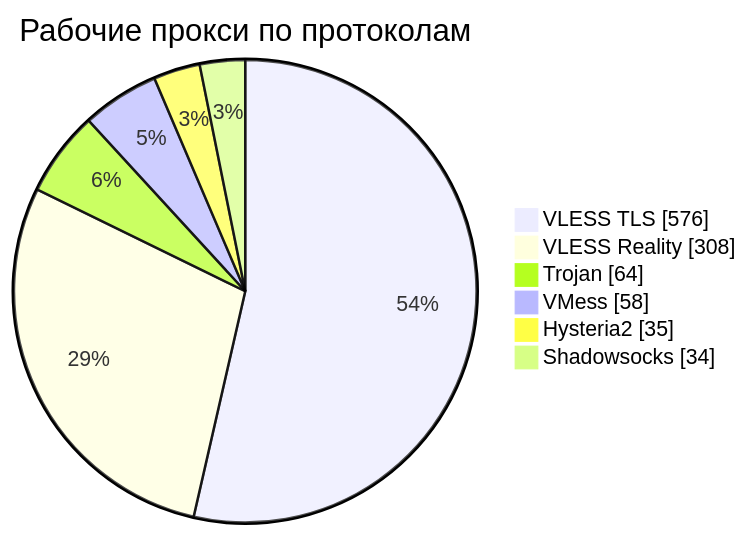
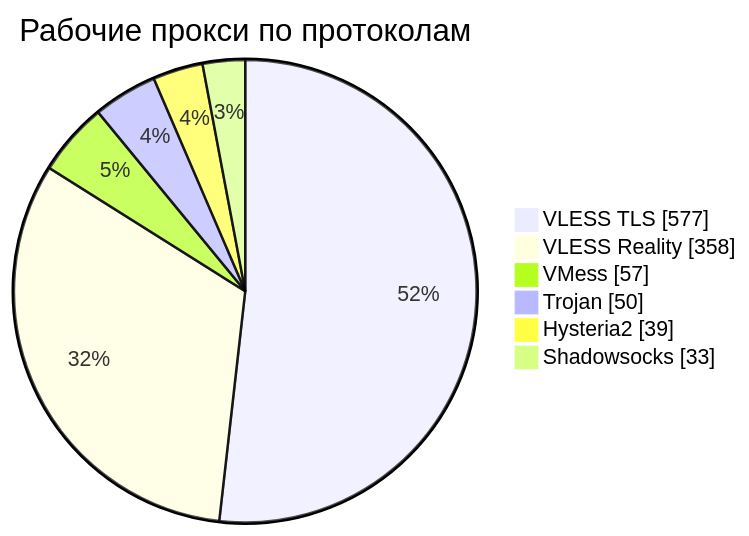
Before and after one commit to rvvg/proxy-subs: the third of 4 diagrams in README.md, drawn with Mermaid. The commit also changed other lines of this file and 51 other files, not shown here.

````diff
--- a/README.md
+++ b/README.md
@@ -141,10 +136,10 @@
 ```mermaid
 pie showData
     title Рабочие прокси по протоколам
-    "VLESS TLS" : 576
-    "VLESS Reality" : 308
-    "Trojan" : 64
-    "VMess" : 58
-    "Hysteria2" : 35
-    "Shadowsocks" : 34
+    "VLESS TLS" : 577
+    "VLESS Reality" : 358
+    "VMess" : 57
+    "Trojan" : 50
+    "Hysteria2" : 39
+    "Shadowsocks" : 33
 ```
````
